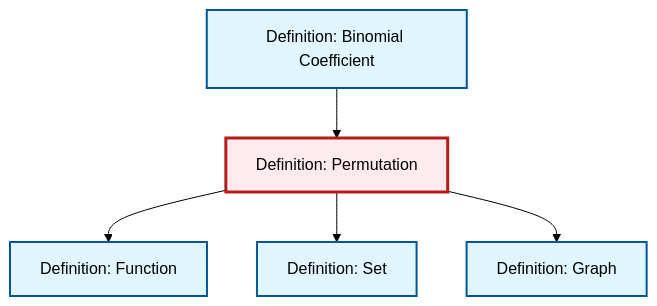
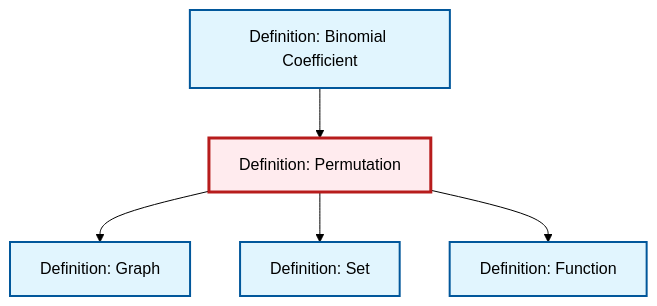
The diagram in content/ja/combinatorics/def-permutation.qmd (RK0429/ModernMath), drawn with Mermaid (forest theme) before and after one commit. The commit also changed other lines of this file and 634 other files, not shown here.

````diff
--- a/content/ja/combinatorics/def-permutation.qmd
+++ b/content/ja/combinatorics/def-permutation.qmd
@@ -54,23 +54,23 @@
 ```{mermaid}
 %%| fig-cap: "Local dependency graph"
 graph TD
     classDef definition fill:#e1f5fe,stroke:#01579b,stroke-width:2px
     classDef theorem fill:#f3e5f5,stroke:#4a148c,stroke-width:2px
     classDef axiom fill:#fff3e0,stroke:#e65100,stroke-width:2px
     classDef example fill:#e8f5e9,stroke:#1b5e20,stroke-width:2px
     classDef current fill:#ffebee,stroke:#b71c1c,stroke-width:3px
-    def-set["Definition: Set"]:::definition
     def-permutation["Definition: Permutation"]:::definition
     def-binomial-coefficient["Definition: Binomial Coefficient"]:::definition
     def-function["Definition: Function"]:::definition
+    def-set["Definition: Set"]:::definition
     def-graph["Definition: Graph"]:::definition
+    def-binomial-coefficient --> def-permutation
+    def-permutation --> def-graph
+    def-permutation --> def-set
     def-permutation --> def-function
-    def-binomial-coefficient --> def-permutation
-    def-permutation --> def-set
-    def-permutation --> def-graph
     class def-permutation current
-    click def-set "def-set.html" "Definition: Setへ"
     click def-binomial-coefficient "def-binomial-coefficient.html" "Definition: Binomial Coefficientへ"
     click def-function "def-function.html" "Definition: Functionへ"
+    click def-set "def-set.html" "Definition: Setへ"
     click def-graph "def-graph.html" "Definition: Graphへ"
 ```
````
